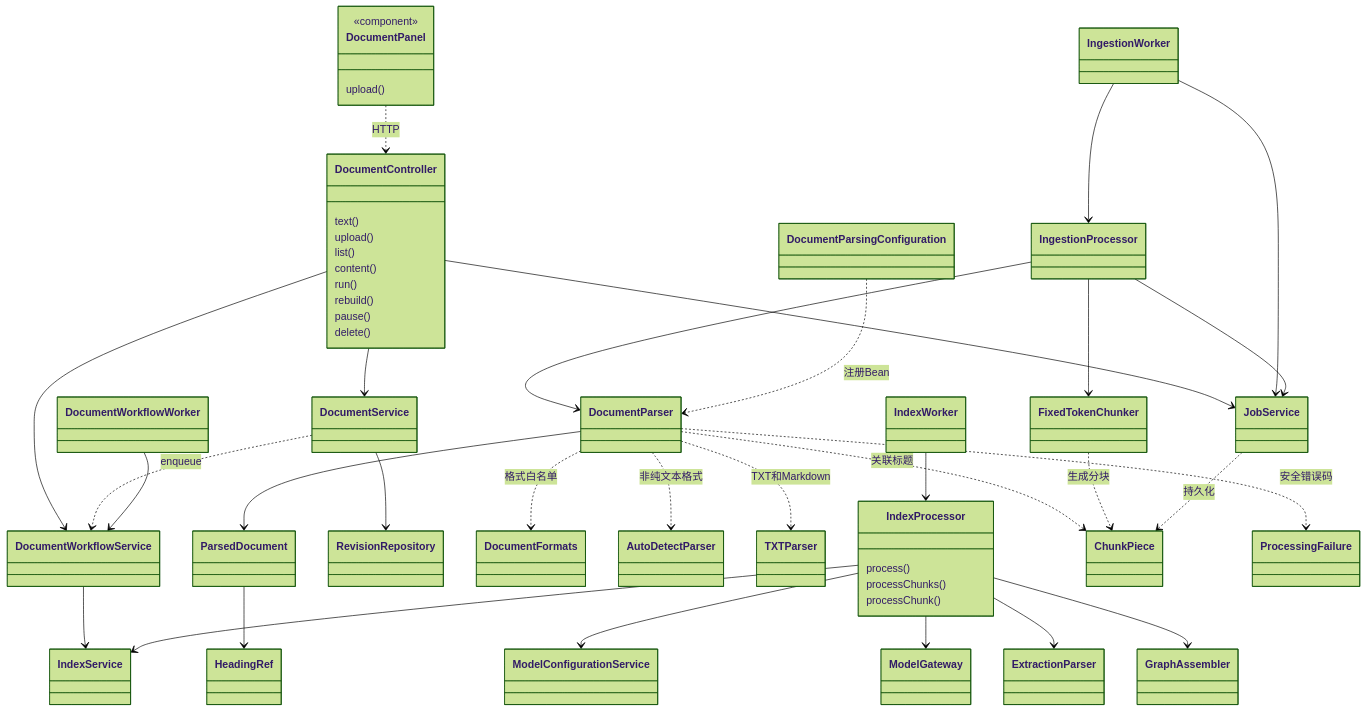
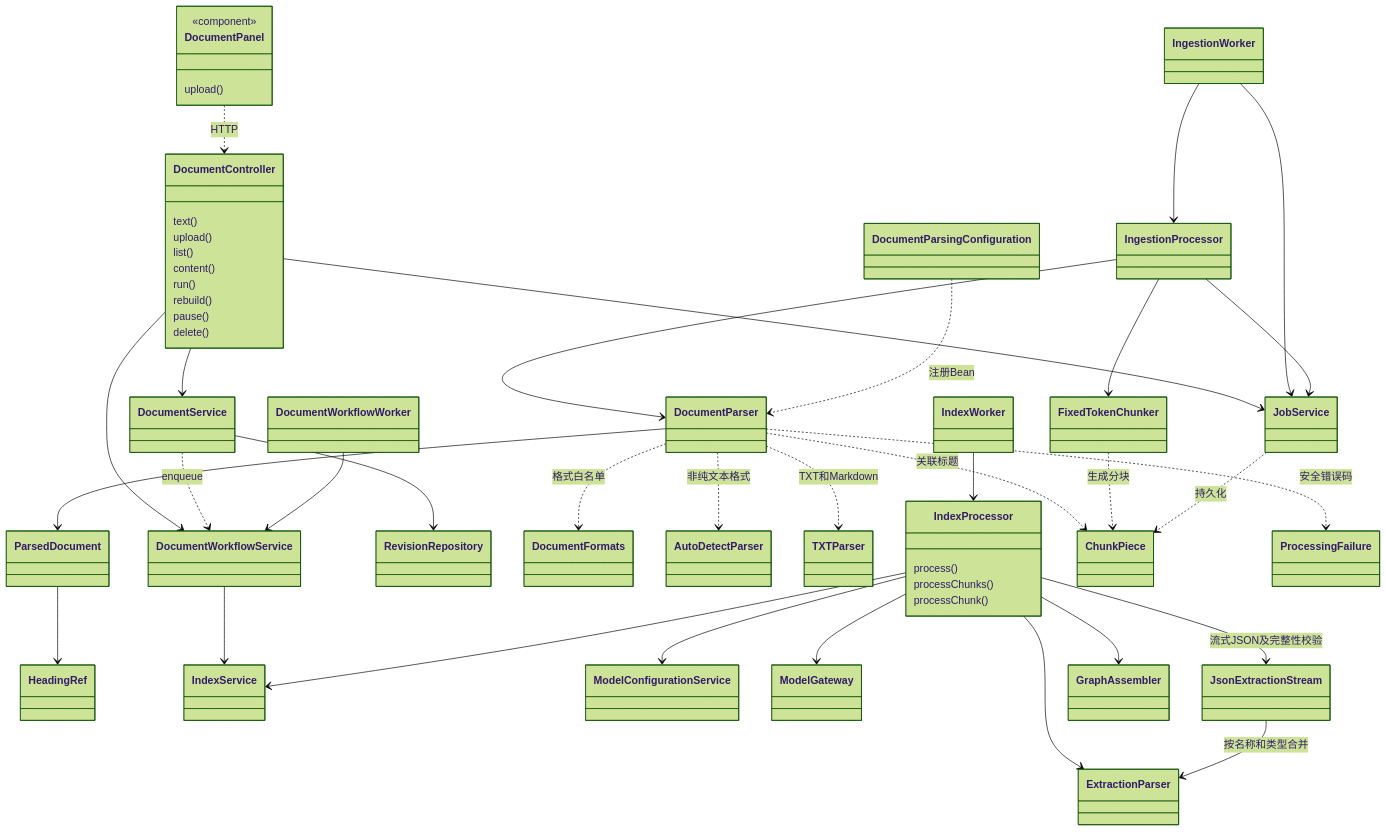
The first of 2 diagrams in docs/文档管理实现.md (czhcc/TjLightRAG), drawn with Mermaid (forest theme) before and after one commit. The commit also changed other lines of this file and 9 other files, not shown here.

````diff
--- a/docs/文档管理实现.md
+++ b/docs/文档管理实现.md
@@ -22,51 +22,53 @@
 ```mermaid
 classDiagram
     class DocumentPanel {
       <<component>>
       upload()
     }
     class DocumentController {
       text()
       upload()
       list()
       content()
       run()
       rebuild()
       pause()
       delete()
     }
     class IndexProcessor {
       process()
       processChunks()
       processChunk()
     }
     DocumentPanel ..> DocumentController : HTTP
     DocumentController --> DocumentService
     DocumentController --> JobService
     DocumentController --> DocumentWorkflowService
     DocumentService --> RevisionRepository
     DocumentService ..> DocumentWorkflowService : enqueue
     IngestionWorker --> JobService
     IngestionWorker --> IngestionProcessor
     IngestionProcessor --> JobService
     IngestionProcessor --> DocumentParser
     IngestionProcessor --> FixedTokenChunker
     DocumentParsingConfiguration ..> DocumentParser : 注册Bean
     DocumentParser ..> DocumentFormats : 格式白名单
     DocumentParser ..> AutoDetectParser : 非纯文本格式
     DocumentParser ..> TXTParser : TXT和Markdown
     DocumentParser --> ParsedDocument
     ParsedDocument --> HeadingRef
     DocumentParser ..> ChunkPiece : 关联标题
     DocumentParser ..> ProcessingFailure : 安全错误码
     FixedTokenChunker ..> ChunkPiece : 生成分块
     JobService ..> ChunkPiece : 持久化
     DocumentWorkflowWorker --> DocumentWorkflowService
     DocumentWorkflowService --> IndexService
     IndexWorker --> IndexProcessor
     IndexProcessor --> IndexService
     IndexProcessor --> ModelConfigurationService
     IndexProcessor --> ModelGateway
     IndexProcessor --> ExtractionParser
+    IndexProcessor --> JsonExtractionStream : 流式JSON及完整性校验
+    JsonExtractionStream --> ExtractionParser : 按名称和类型合并
     IndexProcessor --> GraphAssembler
 ```
````
